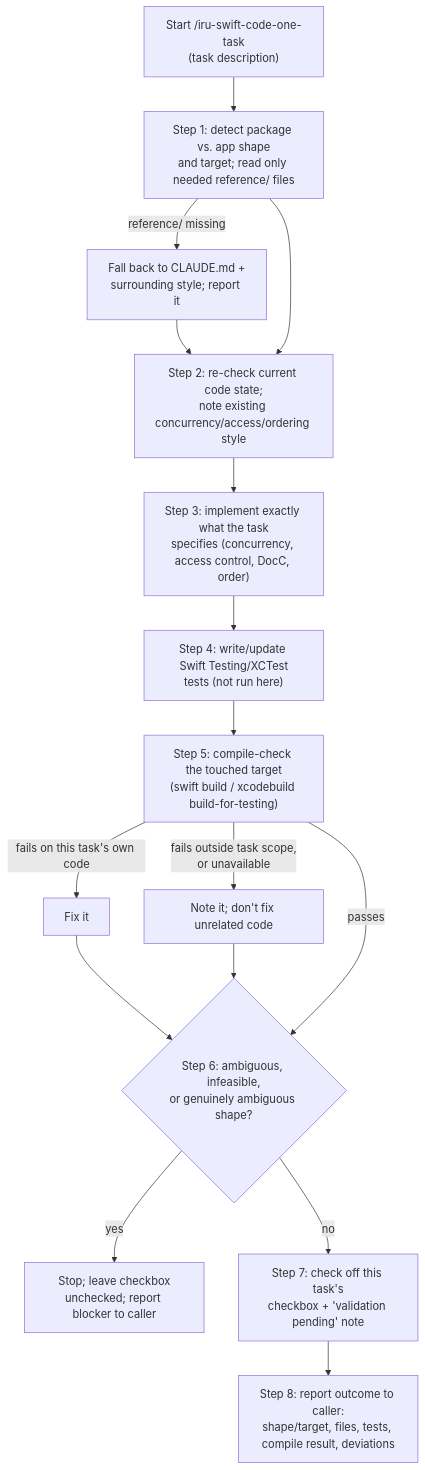
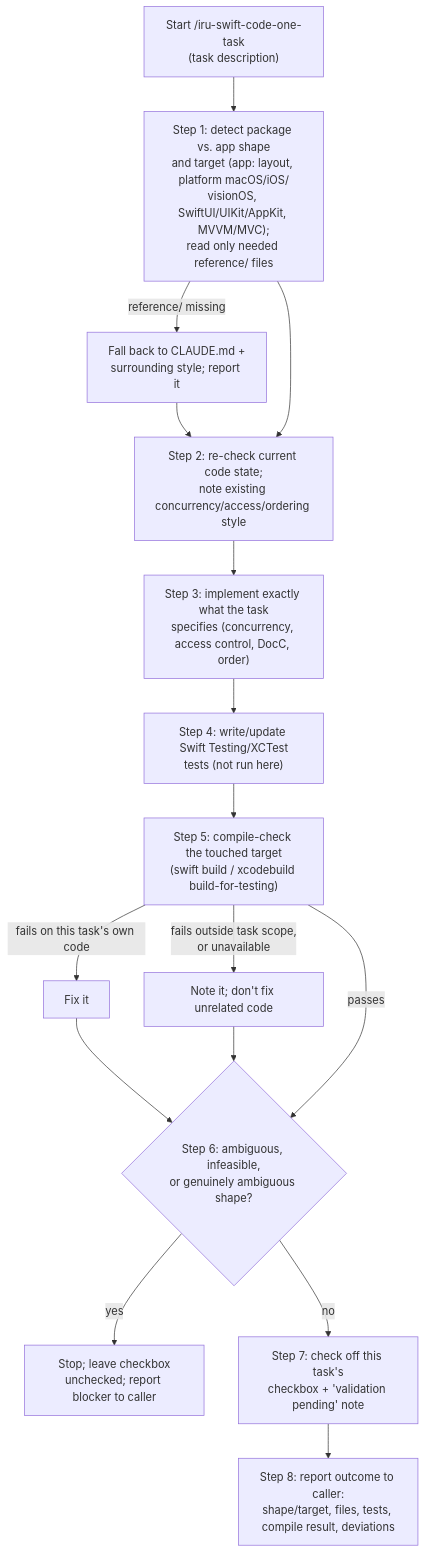
The diagram in docs/modules/ROOT/pages/skills/iru-swift-code-one-task.adoc (albertoirurueta/ai-catalog), drawn with Mermaid before and after one commit. The commit also changed other lines of this file and 111 other files, not shown here.

```diff
--- a/docs/modules/ROOT/pages/skills/iru-swift-code-one-task.adoc
+++ b/docs/modules/ROOT/pages/skills/iru-swift-code-one-task.adoc
@@ -142,19 +197,19 @@
 [mermaid]
 ....
 flowchart TD
-    A["Start /iru-swift-code-one-task\n(task description)"] --> B["Step 1: detect package vs. app shape\nand target; read only needed reference/ files"]
+    A["Start /iru-swift-code-one-task\n(task description)"] --> B["Step 1: detect package vs. app shape\nand target (app: layout, platform macOS/iOS/\nvisionOS, SwiftUI/UIKit/AppKit, MVVM/MVC);\nread only needed reference/ files"]
     B -- "reference/ missing" --> B2["Fall back to CLAUDE.md +\nsurrounding style; report it"]
     B2 --> C
     B --> C["Step 2: re-check current code state;\nnote existing concurrency/access/ordering style"]
     C --> D["Step 3: implement exactly what the task\nspecifies (concurrency, access control, DocC, order)"]
     D --> E["Step 4: write/update Swift Testing/XCTest\ntests (not run here)"]
     E --> F["Step 5: compile-check the touched target\n(swift build / xcodebuild build-for-testing)"]
     F -- "fails on this task's own code" --> F2["Fix it"]
     F2 --> G
     F -- "fails outside task scope,\nor unavailable" --> F3["Note it; don't fix unrelated code"]
     F3 --> G
     F -- "passes" --> G{"Step 6: ambiguous, infeasible,\nor genuinely ambiguous shape?"}
     G -- yes --> H["Stop; leave checkbox\nunchecked; report blocker to caller"]
     G -- no --> I["Step 7: check off this task's\ncheckbox + 'validation pending' note"]
     I --> J["Step 8: report outcome to caller:\nshape/target, files, tests, compile result, deviations"]
 ....
```
